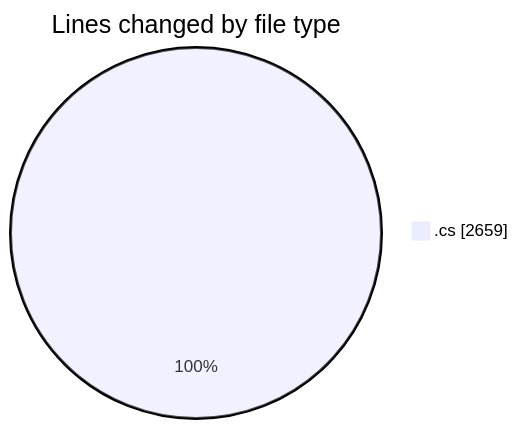
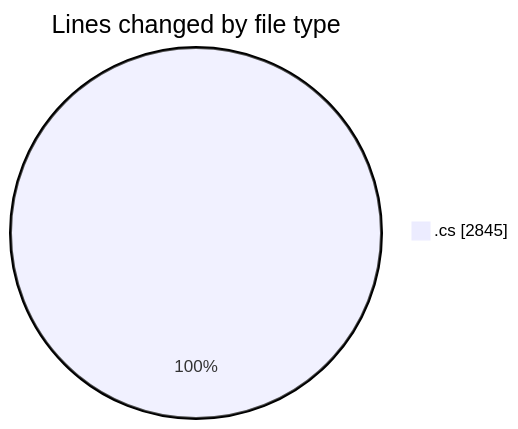
One commit to Netris89/code-tracking changed the first of 2 diagrams in 2025-03-26/back-end/README.md. Above: the diagram before and after it, drawn with Mermaid. The commit also changed other lines of this file and 1 other file, not shown here.

````diff
--- a/2025-03-26/back-end/README.md
+++ b/2025-03-26/back-end/README.md
@@ -42,5 +45,5 @@
 ```mermaid
 pie showData
 title Lines changed by file type
-".cs" : 2659
+".cs" : 2845
 ```
````
